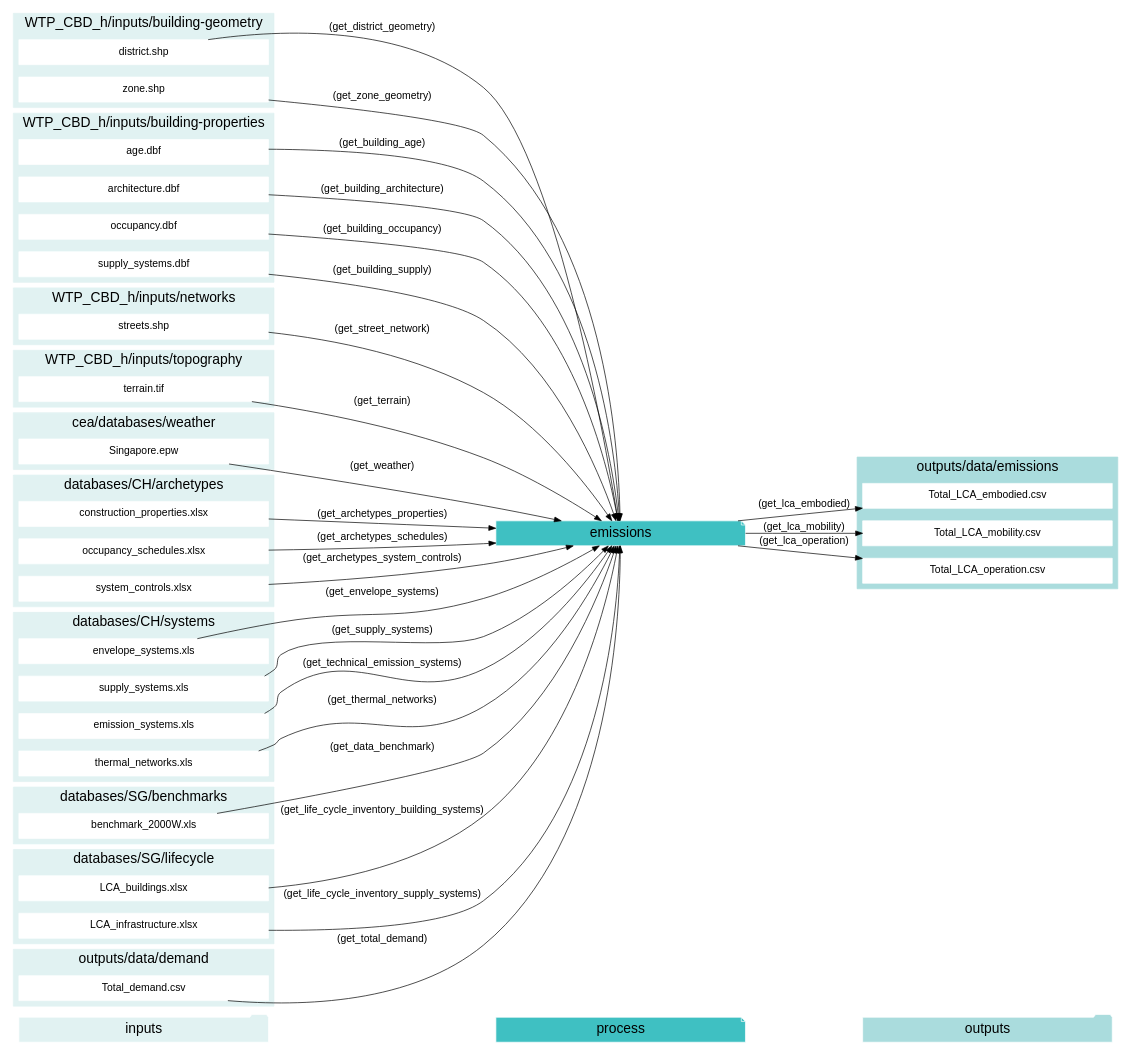
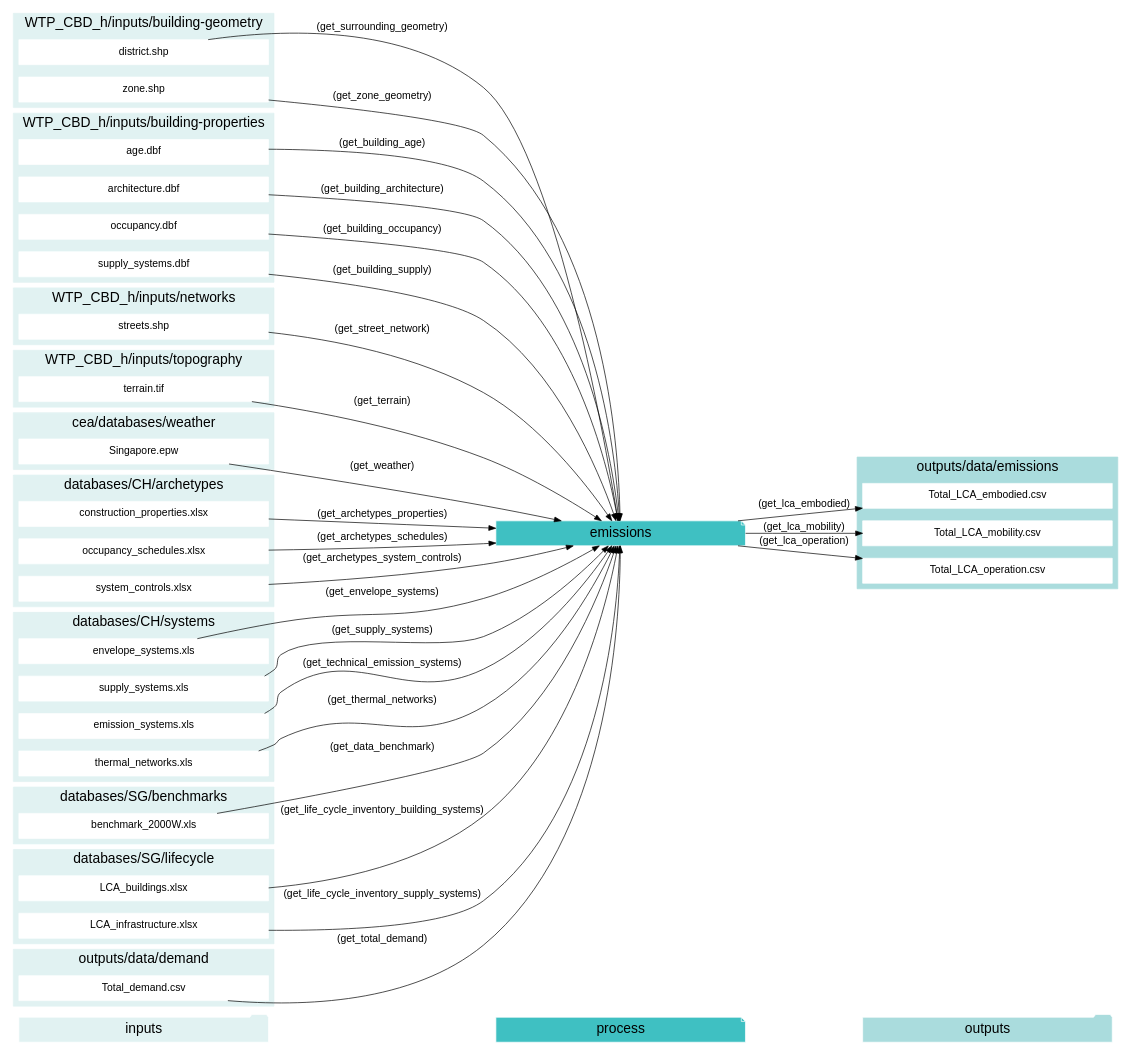
One commit to architecture-building-systems/CityEnergyAnalyst changed the ninth of 12 diagrams in docs/script-data-flow.rst. Above: the diagram before and after it, drawn with Graphviz. The commit also changed other lines of this file and 9 other files, not shown here.

```diff
--- a/docs/script-data-flow.rst
+++ b/docs/script-data-flow.rst
@@ -1292,7 +1292,7 @@
     "occupancy.dbf" -> "emissions"[label="(get_building_occupancy)"]
     "supply_systems.dbf" -> "emissions"[label="(get_building_supply)"]
     "benchmark_2000W.xls" -> "emissions"[label="(get_data_benchmark)"]
-    "district.shp" -> "emissions"[label="(get_district_geometry)"]
+    "district.shp" -> "emissions"[label="(get_surrounding_geometry)"]
     "envelope_systems.xls" -> "emissions"[label="(get_envelope_systems)"]
     "LCA_buildings.xlsx" -> "emissions"[label="(get_life_cycle_inventory_building_systems)"]
     "LCA_infrastructure.xlsx" -> "emissions"[label="(get_life_cycle_inventory_supply_systems)"]
```
